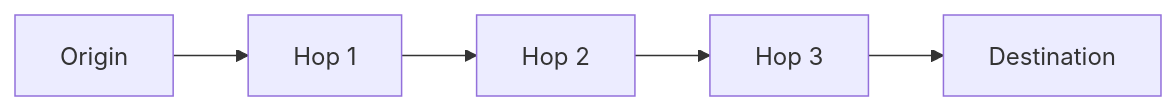
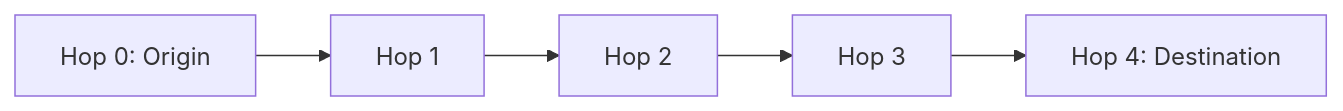
Before and after one commit to vibrant-btc/bitcoinprivacy-wiki: the diagram in docs/techniques/ricochet.md, drawn with Mermaid. The commit also changed other lines of this file and 4 other files, not shown here.

````diff
--- a/docs/techniques/ricochet.md
+++ b/docs/techniques/ricochet.md
@@ -15,7 +15,7 @@
 ``` mermaid
 graph LR
-    A[Origin] --> B[Hop 1]
+    A[Hop 0: Origin] --> B[Hop 1]
     B --> C[Hop 2]
     C --> D[Hop 3]
-    D --> E[Destination]
+    D --> E[Hop 4: Destination]
 ```
````
